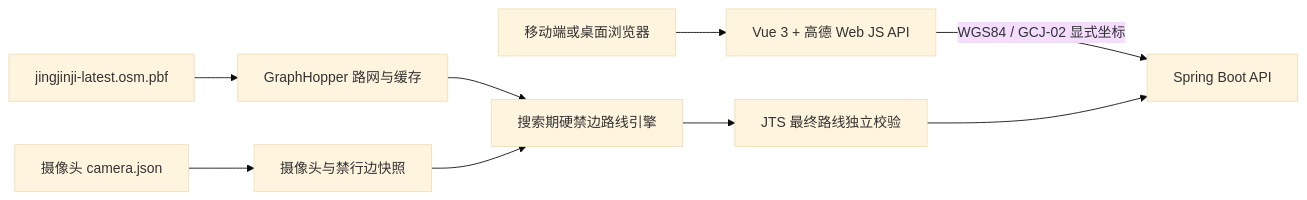
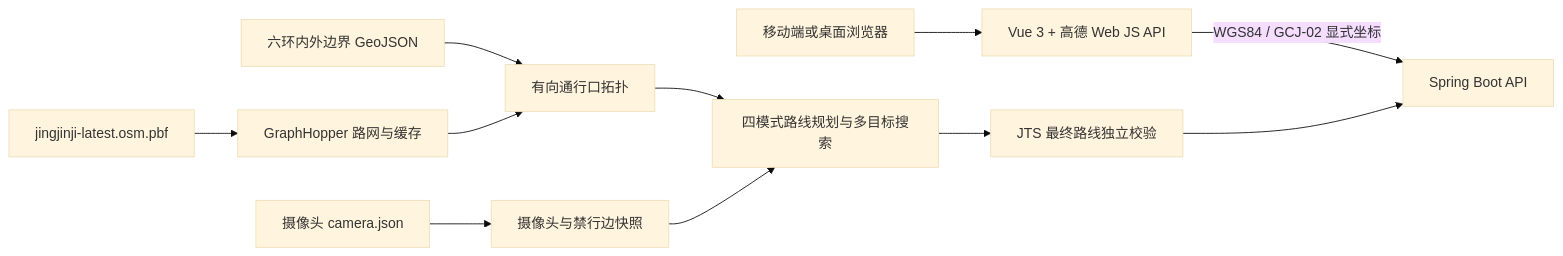
Before and after one commit to Xueaixin/camera-safe-router: the diagram in README.md, drawn with Mermaid (base theme). The commit also changed other lines of this file and 83 other files, not shown here.

````diff
--- a/README.md
+++ b/README.md
@@ -23,11 +23,13 @@
 ```mermaid
 flowchart LR
     U["移动端或桌面浏览器"] --> W["Vue 3 + 高德 Web JS API"]
     W -->|"WGS84 / GCJ-02 显式坐标"| A["Spring Boot API"]
     P["jingjinji-latest.osm.pbf"] --> G["GraphHopper 路网与缓存"]
+    B["六环内外边界 GeoJSON"] --> T["有向通行口拓扑"]
+    G --> T
     C["摄像头 camera.json"] --> S["摄像头与禁行边快照"]
-    G --> R["搜索期硬禁边路线引擎"]
+    T --> R["四模式路线规划与多目标搜索"]
     S --> R
     R --> V["JTS 最终路线独立校验"]
     V --> A
 ```
````
